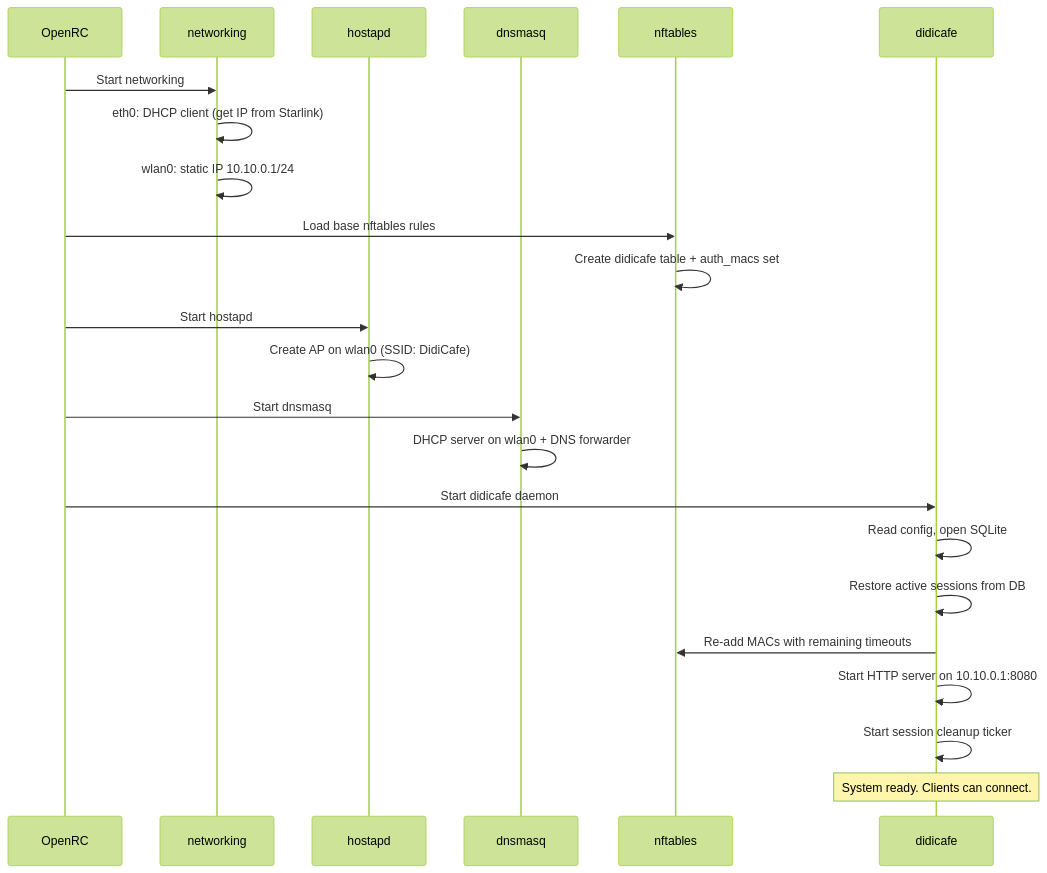
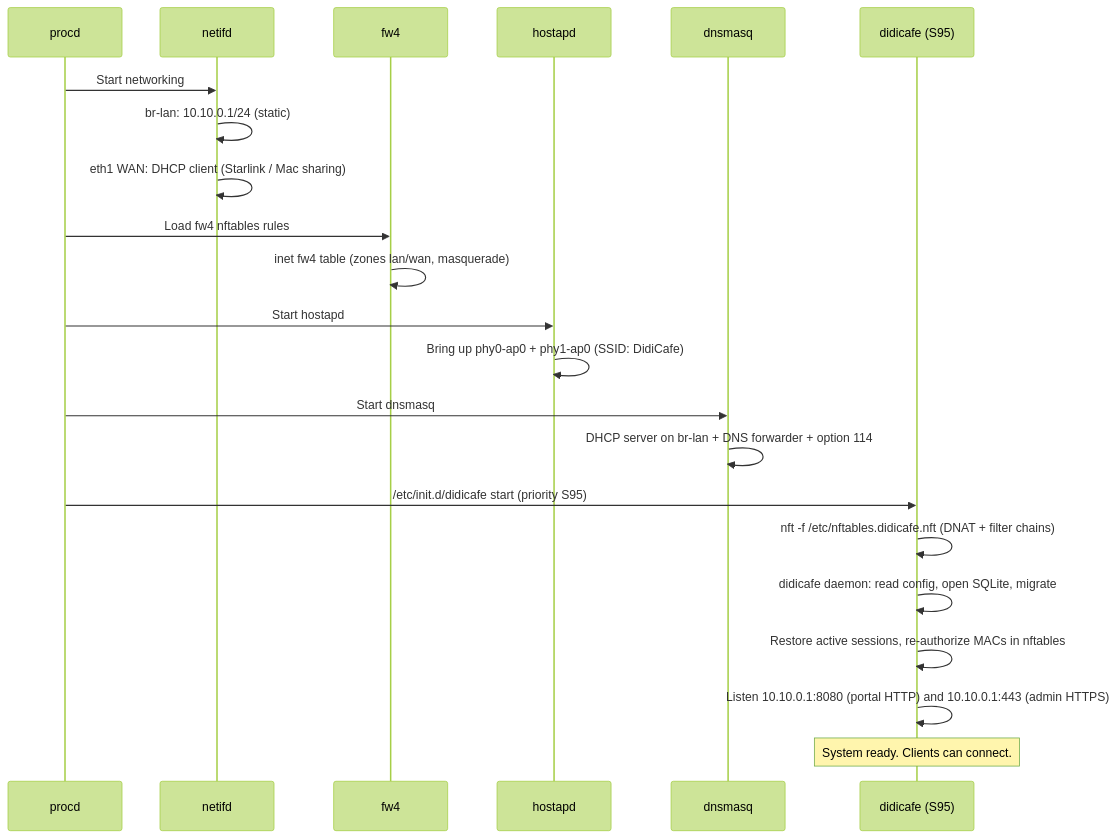
One commit to uplg/didicafe changed the ninth of 10 diagrams in DESIGN.md. Above: the diagram before and after it, drawn with Mermaid (forest theme). The commit also changed other lines of this file and 2 other files, not shown here.

````diff
--- a/DESIGN.md
+++ b/DESIGN.md
@@ -858,31 +860,30 @@
 ```mermaid
 sequenceDiagram
-    participant BOOT as OpenRC
-    participant NET as networking
+    participant BOOT as procd
+    participant NET as netifd
+    participant FW as fw4
     participant HP as hostapd
     participant DM as dnsmasq
-    participant NFT as nftables
-    participant DC as didicafe
+    participant DC as didicafe (S95)
 
     BOOT->>NET: Start networking
-    NET->>NET: eth0: DHCP client (get IP from Starlink)
-    NET->>NET: wlan0: static IP 10.10.0.1/24
+    NET->>NET: br-lan: 10.10.0.1/24 (static)
+    NET->>NET: eth1 WAN: DHCP client (Starlink / Mac sharing)
 
-    BOOT->>NFT: Load base nftables rules
-    NFT->>NFT: Create didicafe table + auth_macs set
+    BOOT->>FW: Load fw4 nftables rules
+    FW->>FW: inet fw4 table (zones lan/wan, masquerade)
 
     BOOT->>HP: Start hostapd
-    HP->>HP: Create AP on wlan0 (SSID: DidiCafe)
+    HP->>HP: Bring up phy0-ap0 + phy1-ap0 (SSID: DidiCafe)
 
     BOOT->>DM: Start dnsmasq
-    DM->>DM: DHCP server on wlan0 + DNS forwarder
+    DM->>DM: DHCP server on br-lan + DNS forwarder + option 114
 
-    BOOT->>DC: Start didicafe daemon
-    DC->>DC: Read config, open SQLite
-    DC->>DC: Restore active sessions from DB
-    DC->>NFT: Re-add MACs with remaining timeouts
-    DC->>DC: Start HTTP server on 10.10.0.1:8080
-    DC->>DC: Start session cleanup ticker
+    BOOT->>DC: /etc/init.d/didicafe start (priority S95)
+    DC->>DC: nft -f /etc/nftables.didicafe.nft (DNAT + filter chains)
+    DC->>DC: didicafe daemon: read config, open SQLite, migrate
+    DC->>DC: Restore active sessions, re-authorize MACs in nftables
+    DC->>DC: Listen 10.10.0.1:8080 (portal HTTP) and 10.10.0.1:443 (admin HTTPS)
 
     Note over DC: System ready. Clients can connect.
 ```
````
